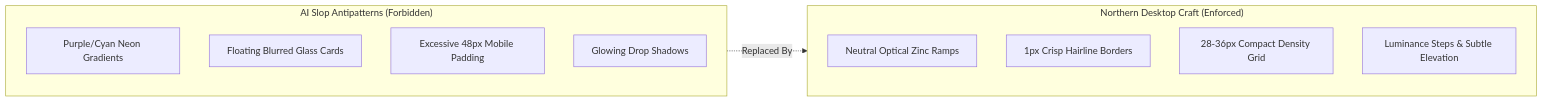
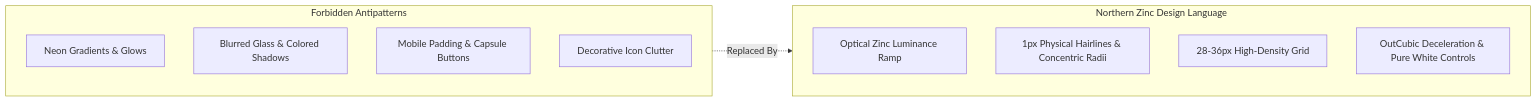
The diagram in docs/design-languages.md (islahulkafa/northern), drawn with Mermaid before and after one commit. The commit also changed other lines of this file and 97 other files, not shown here.

Commit message:
Redesign widgets for Northern Zinc consistency and lifecycle safety

````diff
--- a/docs/design-languages.md
+++ b/docs/design-languages.md
@@ -18,18 +18,18 @@
 ```mermaid
 flowchart LR
-    subgraph Antipatterns["AI Slop Antipatterns (Forbidden)"]
-        A1["Purple/Cyan Neon Gradients"]
-        A2["Floating Blurred Glass Cards"]
-        A3["Excessive 48px Mobile Padding"]
-        A4["Glowing Drop Shadows"]
+    subgraph Antipatterns["Forbidden Antipatterns"]
+        A1["Neon Gradients & Glows"]
+        A2["Blurred Glass & Colored Shadows"]
+        A3["Mobile Padding & Capsule Buttons"]
+        A4["Decorative Icon Clutter"]
     end
 
-    subgraph DesktopCraft["Northern Desktop Craft (Enforced)"]
-        D1["Neutral Optical Zinc Ramps"]
-        D2["1px Crisp Hairline Borders"]
-        D3["28-36px Compact Density Grid"]
-        D4["Luminance Steps & Subtle Elevation"]
+    subgraph NorthernZinc["Northern Zinc Design Language"]
+        Z1["Optical Zinc Luminance Ramp"]
+        Z2["1px Physical Hairlines & Concentric Radii"]
+        Z3["28-36px High-Density Grid"]
+        Z4["OutCubic Deceleration & Pure White Controls"]
     end
 
-    Antipatterns -.->|Replaced By| DesktopCraft
+    Antipatterns -.->|Replaced By| NorthernZinc
 ```
````
